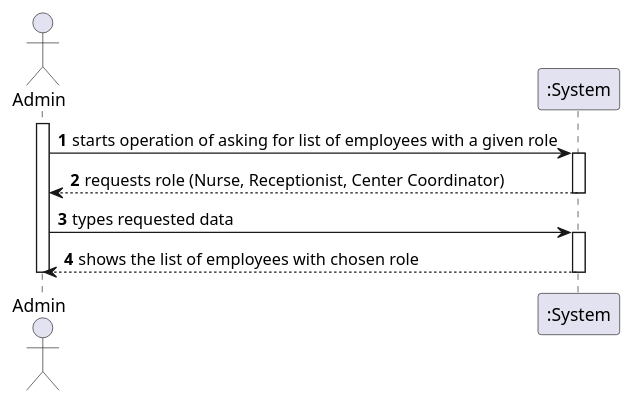
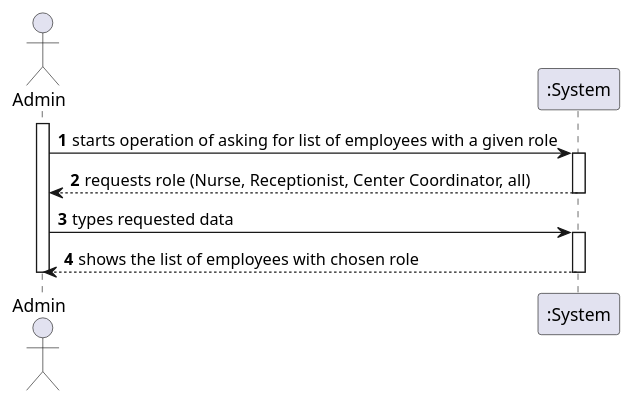
One commit to PedroMesquita1211171/VaccinationManager changed the diagram in docs/SprintB/US/US11/US011_SSD.puml. Above: the diagram before and after it, drawn with PlantUML. The commit also changed 1 other file, not shown here.

```diff
--- a/docs/SprintB/US/US11/US011_SSD.puml
+++ b/docs/SprintB/US/US11/US011_SSD.puml
@@ -1,18 +1,18 @@
 @startuml
 autonumber
 actor "Admin" as rcp
 
 activate rcp
 rcp -> ":System" : starts operation of asking for list of employees with a given role
 activate ":System"
-":System" --> rcp : requests role (Nurse, Receptionist, Center Coordinator)
+":System" --> rcp : requests role (Nurse, Receptionist, Center Coordinator, all)
 deactivate ":System"
 
 rcp -> ":System" : types requested data
 activate ":System"
 ":System" --> rcp : shows the list of employees with chosen role
 deactivate ":System"
 
 deactivate rcp
 
 @endum
```
